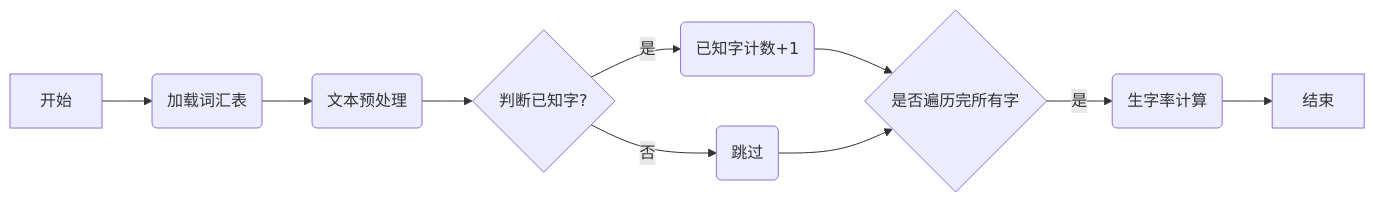
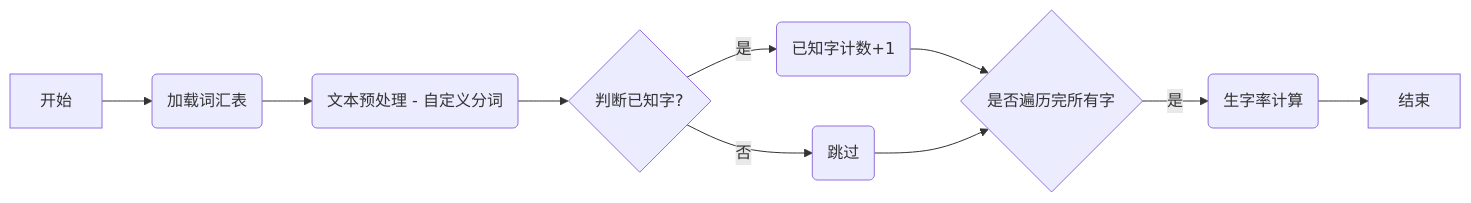
The diagram in docs/development_steps.md (digitalboy/StoryPal), drawn with Mermaid before and after one commit. The commit also changed other lines of this file and 11 other files, not shown here.

````diff
--- a/docs/development_steps.md
+++ b/docs/development_steps.md
@@ -133,12 +139,12 @@
 ```mermaid
 graph LR
     A[开始] --> B(加载词汇表);
-    B --> C(文本预处理);
+    B --> C(文本预处理 - 自定义分词);
     C --> D{判断已知字?};
     D -- 是 --> E(已知字计数+1);
     D -- 否 --> F(跳过);
     E --> G{是否遍历完所有字};
     F --> G;
     G -- 是 --> H(生字率计算);
     H --> I[结束];
 ```
````
